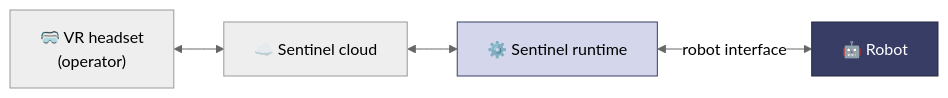
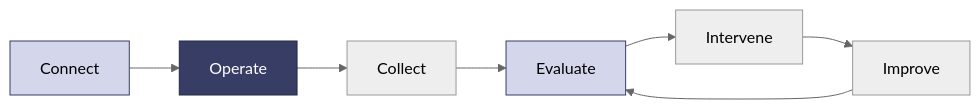
Before and after one commit to avearobotics/docs: the diagram in index.mdx, drawn with Mermaid (neutral theme). The commit also changed other lines of this file, not shown here.

Commit message:
Rewrite Sentinel landing page

````diff
--- a/index.mdx
+++ b/index.mdx
@@ -13,9 +19,13 @@
 ```mermaid
 flowchart LR
-    H["🥽 VR headset<br/>(operator)"] <--> C["☁️ Sentinel cloud"]
-    C <--> R["⚙️ Sentinel runtime"]
-    R <-->|"robot interface"| Y["🤖 Robot"]
+    A["Connect"] --> B["Operate"]
+    B --> C["Collect"]
+    C --> D["Evaluate"]
+    D --> E["Intervene"]
+    E --> F["Improve"]
+    F --> D
 
-    style Y fill:#383d66,color:#fff,stroke:#252840
-    style R fill:#d4d7ec,stroke:#383d66,color:#000
+    style A fill:#d4d7ec,stroke:#383d66,color:#000
+    style B fill:#383d66,stroke:#252840,color:#fff
+    style D fill:#d4d7ec,stroke:#383d66,color:#000
 ```
````
